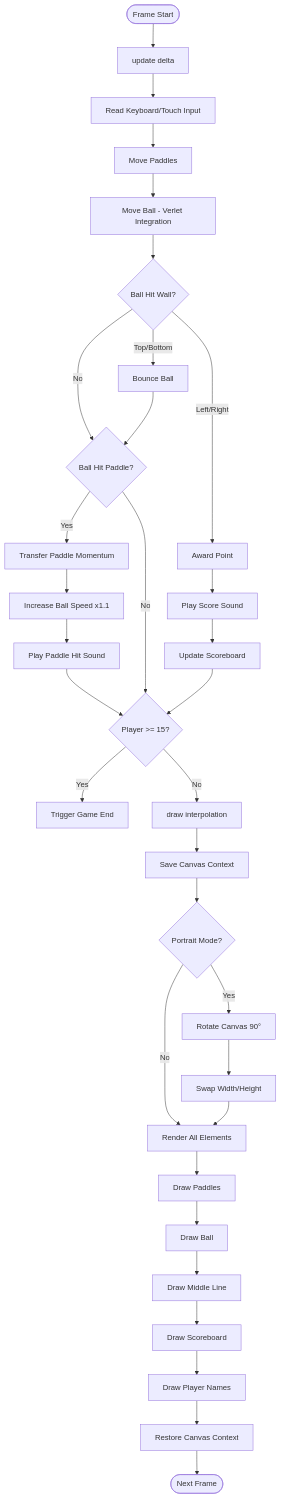
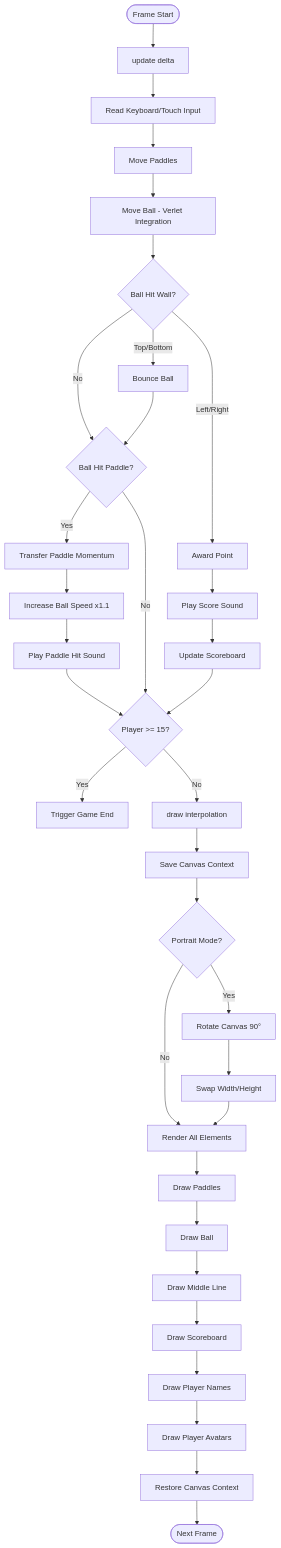
One commit to jerem-marti/MAInD-Creative_Coding_Foundation-2025 changed the second of 2 diagrams in Assignments/Assignment-03/README.md. Above: the diagram before and after it, drawn with Mermaid. The commit also changed other lines of this file and 78 other files, not shown here.

````diff
--- a/Assignments/Assignment-03/README.md
+++ b/Assignments/Assignment-03/README.md
@@ -151,45 +157,46 @@
 ```mermaid
 flowchart TD
     Frame([Frame Start]) --> Update[update delta]
     
     Update --> ReadInput[Read Keyboard/Touch Input]
     ReadInput --> MovePaddles[Move Paddles]
     MovePaddles --> MoveBall[Move Ball - Verlet Integration]
     MoveBall --> CheckWalls{Ball Hit Wall?}
     
     CheckWalls -->|Top/Bottom| Bounce[Bounce Ball]
     CheckWalls -->|Left/Right| Score[Award Point]
     CheckWalls -->|No| CheckPaddle
     
     Bounce --> CheckPaddle{Ball Hit Paddle?}
     CheckPaddle -->|Yes| Transfer[Transfer Paddle Momentum]
     Transfer --> Accelerate[Increase Ball Speed x1.1]
     Accelerate --> PlayHit[Play Paddle Hit Sound]
     PlayHit --> CheckWin
     CheckPaddle -->|No| CheckWin
     
     Score --> PlayScore[Play Score Sound]
     PlayScore --> UpdateScoreboard[Update Scoreboard]
     UpdateScoreboard --> CheckWin{Player >= 15?}
     
     CheckWin -->|Yes| EndGame[Trigger Game End]
     CheckWin -->|No| Draw
     
     Draw[draw interpolation] --> SaveContext[Save Canvas Context]
     SaveContext --> CheckOrientation{Portrait Mode?}
     
     CheckOrientation -->|Yes| RotateCanvas[Rotate Canvas 90°]
     CheckOrientation -->|No| RenderElements
     RotateCanvas --> SwapDimensions[Swap Width/Height]
     SwapDimensions --> RenderElements
     
     RenderElements[Render All Elements]
     RenderElements --> DrawPaddles[Draw Paddles]
     DrawPaddles --> DrawBall[Draw Ball]
     DrawBall --> DrawLine[Draw Middle Line]
     DrawLine --> DrawScore[Draw Scoreboard]
     DrawScore --> DrawNames[Draw Player Names]
-    DrawNames --> RestoreContext[Restore Canvas Context]
+    DrawNames --> DrawAvatars[Draw Player Avatars]
+    DrawAvatars --> RestoreContext[Restore Canvas Context]
     
     RestoreContext --> NextFrame([Next Frame])
 ```
````
